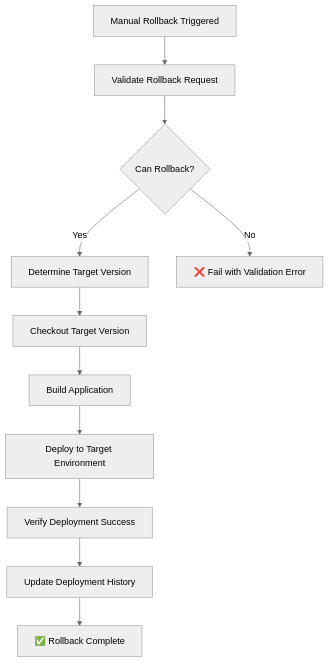
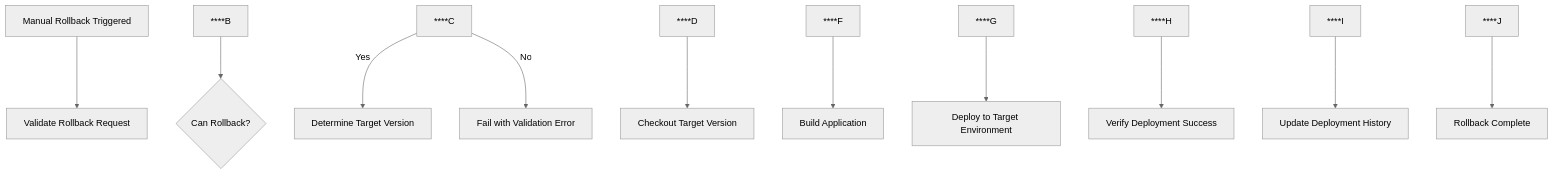
One commit to abhiksd/azure-static-webapp-ci changed the diagram in ROLLBACK_GUIDE.md. Above: the diagram before and after it, drawn with Mermaid (neutral theme). The commit also changed other lines of this file and 14 other files, not shown here.

````diff
--- a/ROLLBACK_GUIDE.md
+++ b/ROLLBACK_GUIDE.md
@@ -37,13 +37,13 @@
 ```mermaid
 graph TD
-    A[Manual Rollback Triggered] --> B[Validate Rollback Request]
-    B --> C{Can Rollback?}
-    C -->|Yes| D[Determine Target Version]
-    C -->|No| E[❌ Fail with Validation Error]
-    D --> F[Checkout Target Version]
-    F --> G[Build Application]
-    G --> H[Deploy to Target Environment]
-    H --> I[Verify Deployment Success]
-    I --> J[Update Deployment History]
-    J --> K[✅ Rollback Complete]
+****A[Manual Rollback Triggered] --> B[Validate Rollback Request]
+****B --> C{Can Rollback?}
+****C -->|Yes| D[Determine Target Version]
+****C -->|No| E[ Fail with Validation Error]
+****D --> F[Checkout Target Version]
+****F --> G[Build Application]
+****G --> H[Deploy to Target Environment]
+****H --> I[Verify Deployment Success]
+****I --> J[Update Deployment History]
+****J --> K[ Rollback Complete]
 ```
````
